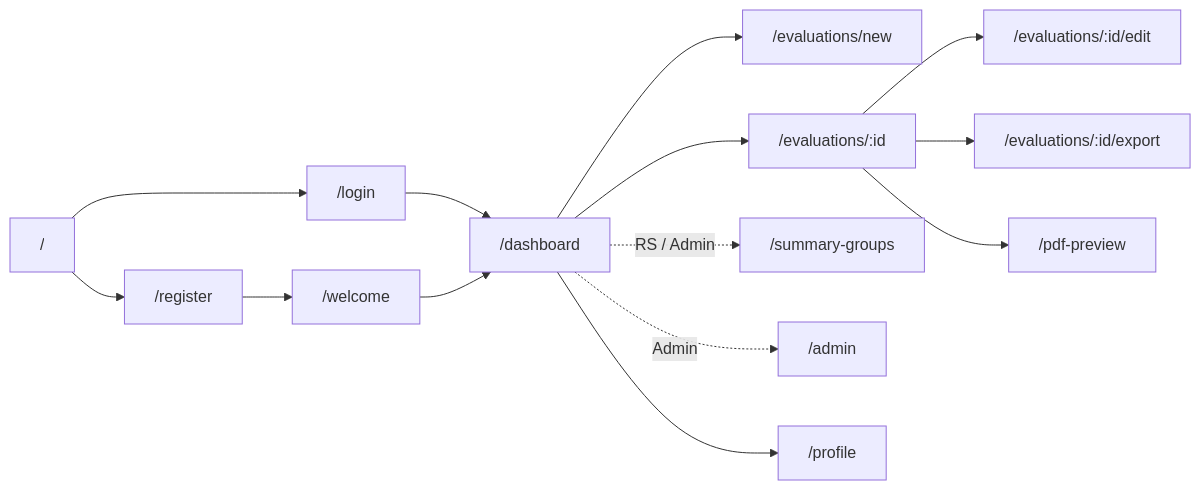
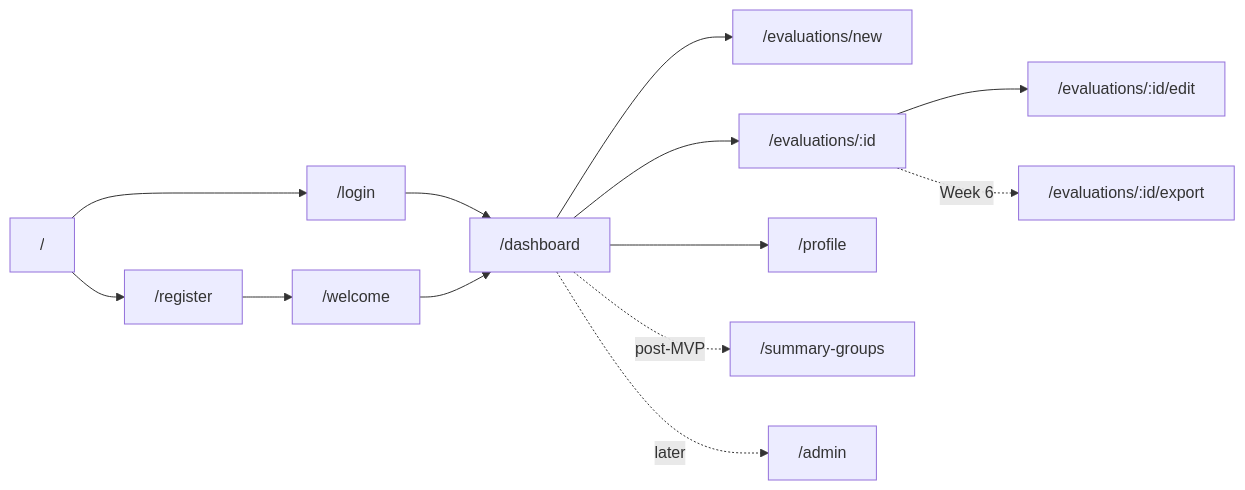
One commit to dainjaruss/apex changed the third of 5 diagrams in docs/milestone/04-architecture-diagram.md. Above: the diagram before and after it, drawn with Mermaid. The commit also changed other lines of this file and 3 other files, not shown here.

````diff
--- a/docs/milestone/04-architecture-diagram.md
+++ b/docs/milestone/04-architecture-diagram.md
@@ -75,19 +70,17 @@
 ```mermaid
 flowchart LR
   Landing["/"] --> Login["/login"]
   Landing --> Register["/register"]
   Login --> Dashboard["/dashboard"]
   Register --> Welcome["/welcome"]
   Welcome --> Dashboard
 
   Dashboard --> NewEval["/evaluations/new"]
   Dashboard --> ViewEval["/evaluations/:id"]
   ViewEval --> EditEval["/evaluations/:id/edit"]
-  ViewEval --> Export["/evaluations/:id/export"]
-
-  Dashboard -.->|"RS / Admin"| SummaryGroups["/summary-groups"]
-  Dashboard -.->|"Admin"| Admin["/admin"]
   Dashboard --> Profile["/profile"]
 
-  ViewEval --> PDFPreview["/pdf-preview"]
+  ViewEval -.->|"Week 6"| Export["/evaluations/:id/export"]
+  Dashboard -.->|"post-MVP"| SummaryGroups["/summary-groups"]
+  Dashboard -.->|"later"| Admin["/admin"]
 ```
````
